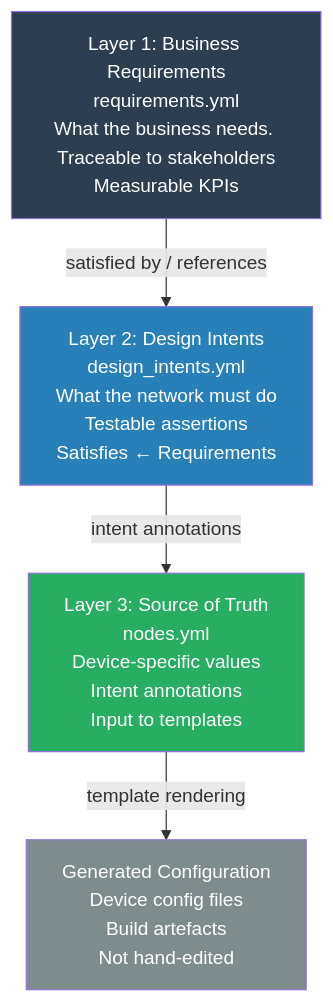
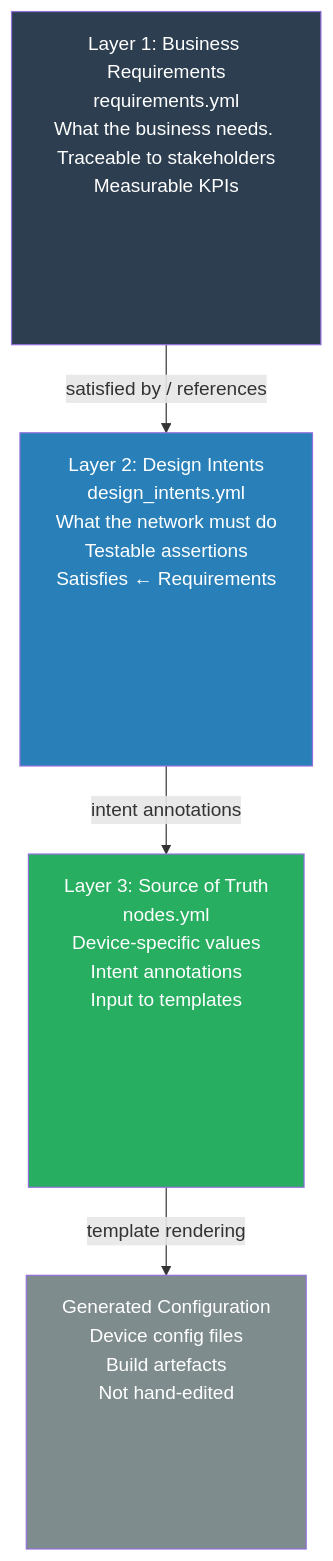
The second of 4 diagrams in 06-architecture-patterns/chapter.md (ppklau/network_automation_handbook), drawn with Mermaid before and after one commit. The commit also changed other lines of this file and 12 other files, not shown here.

Commit message:
Adjusted mermaid diagrams.

````diff
--- a/06-architecture-patterns/chapter.md
+++ b/06-architecture-patterns/chapter.md
@@ -102,16 +102,16 @@
 ```mermaid
 flowchart TD
-    L1["Layer 1: Business Requirements<br>requirements.yml<br>What the business needs. Traceable to stakeholders<br>Measurable KPIs"]
-    L2["Layer 2: Design Intents<br>design_intents.yml<br>What the network must do<br>Testable assertions<br>Satisfies ← Requirements"]
-    L3["Layer 3: Source of Truth<br>nodes.yml<br>Device-specific values<br>Intent annotations<br>Input to templates"]
-    L4["Generated Configuration<br>Device config files<br>Build artefacts<br>Not hand-edited"]
+    L1["<div style='min-height:250px'>Layer 1: Business Requirements<br>requirements.yml<br>What the business needs. Traceable to stakeholders<br>Measurable KPIs</div>"]
+    L2["<div style='min-height:250px'>Layer 2: Design Intents<br>design_intents.yml<br>What the network must do<br>Testable assertions<br>Satisfies ← Requirements</div>"]
+    L3["<div style='min-height:250px'>Layer 3: Source of Truth<br>nodes.yml<br>Device-specific values<br>Intent annotations<br>Input to templates</div>"]
+    L4["<div style='min-height:200px'>Generated Configuration<br>Device config files<br>Build artefacts<br>Not hand-edited</div>"]
 
     L1 -->|"satisfied by / references"| L2
     L2 -->|"intent annotations"| L3
     L3 -->|"template rendering"| L4
 
     style L1 fill:#2c3e50,color:#fff
     style L2 fill:#2980b9,color:#fff
     style L3 fill:#27ae60,color:#fff
     style L4 fill:#7f8c8d,color:#fff
 ```
````
